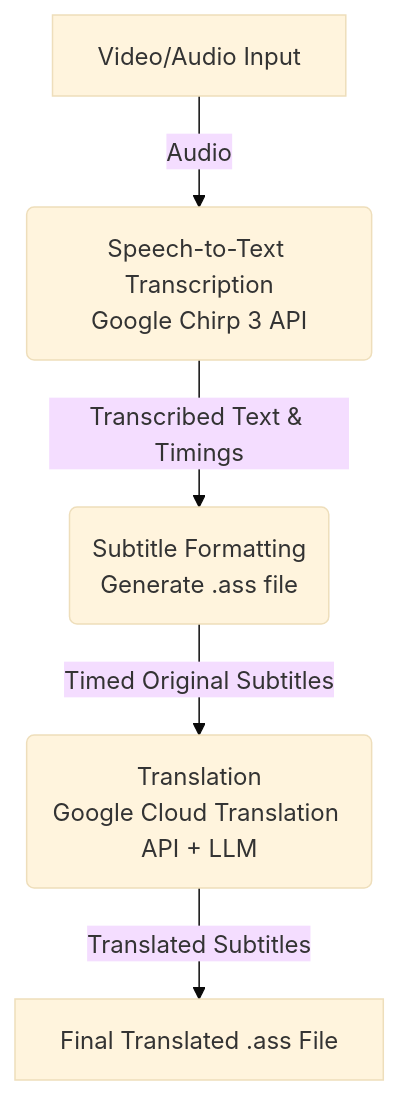
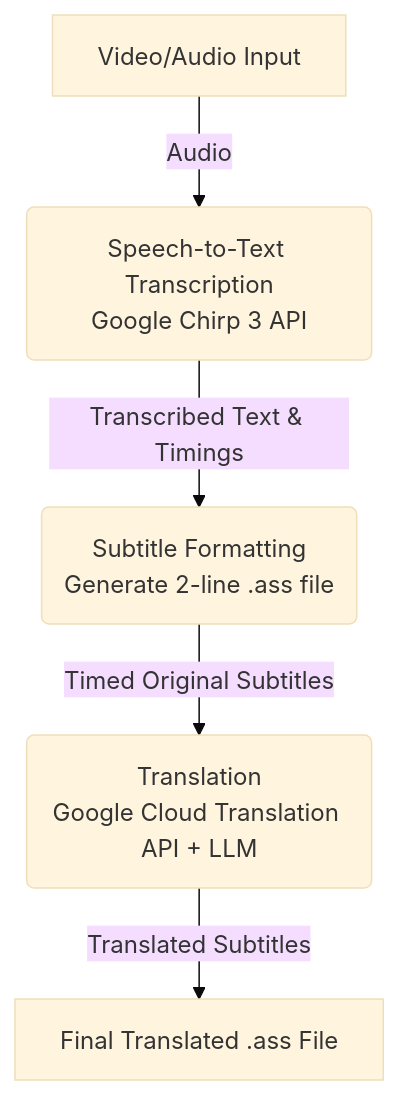
One commit to ahuei123456/autosub changed the diagram in README.md. Above: the diagram before and after it, drawn with Mermaid (base theme). The commit also changed other lines of this file and 19 other files, not shown here.

````diff
--- a/README.md
+++ b/README.md
@@ -20,7 +20,7 @@
 ```mermaid
 graph TD
     A[Video/Audio Input] -->|Audio| B(Speech-to-Text Transcription<br>Google Chirp 3 API)
-    B -->|Transcribed Text & Timings| C(Subtitle Formatting<br>Generate .ass file)
+    B -->|Transcribed Text & Timings| C(Subtitle Formatting<br>Generate 2-line .ass file)
     C -->|Timed Original Subtitles| D(Translation<br>Google Cloud Translation API + LLM)
     D -->|Translated Subtitles| E[Final Translated .ass File]
 ```
````
